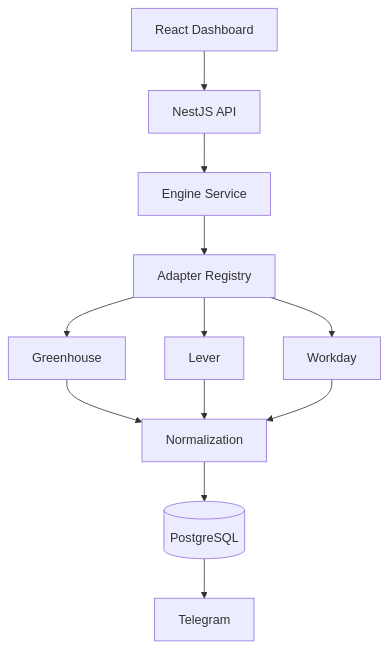
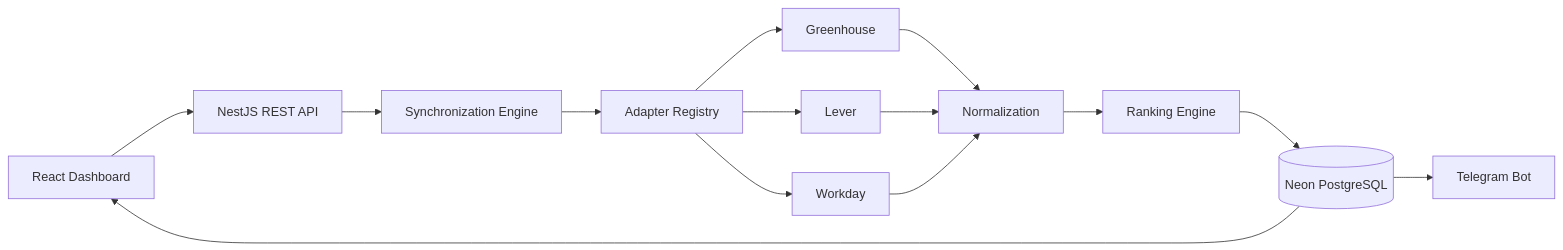
Before and after one commit to rahul-6-ramachandran/switch-sync: the diagram in README.md, drawn with Mermaid. The commit also changed other lines of this file, not shown here.

````diff
--- a/README.md
+++ b/README.md
@@ -67,26 +428,47 @@
 ```mermaid
-flowchart TD
+flowchart LR
 
-A[React Dashboard]
-B[NestJS API]
-C[Engine Service]
-D[Adapter Registry]
-E1[Greenhouse]
-E2[Lever]
-E3[Workday]
-F[Normalization]
-G[(PostgreSQL)]
-H[Telegram]
+User["React Dashboard"]
 
-A --> B
-B --> C
-C --> D
-D --> E1
-D --> E2
-D --> E3
-E1 --> F
-E2 --> F
-E3 --> F
-F --> G
-G --> H
+API["NestJS REST API"]
+
+Engine["Synchronization Engine"]
+
+Registry["Adapter Registry"]
+
+GH["Greenhouse"]
+
+LV["Lever"]
+
+WD["Workday"]
+
+Normalize["Normalization"]
+
+Rank["Ranking Engine"]
+
+DB[(Neon PostgreSQL)]
+
+Telegram["Telegram Bot"]
+
+User --> API
+
+API --> Engine
+
+Engine --> Registry
+
+Registry --> GH
+Registry --> LV
+Registry --> WD
+
+GH --> Normalize
+LV --> Normalize
+WD --> Normalize
+
+Normalize --> Rank
+
+Rank --> DB
+
+DB --> User
+
+DB --> Telegram
 ```
````
